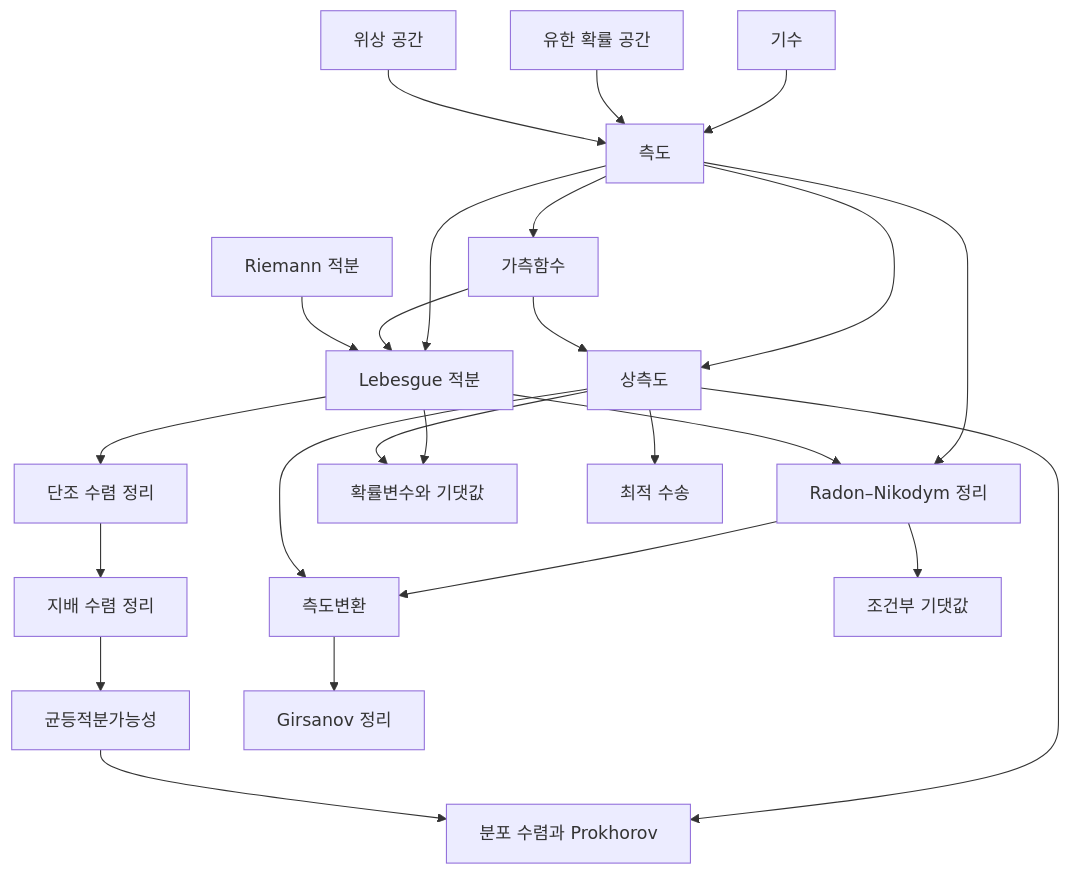
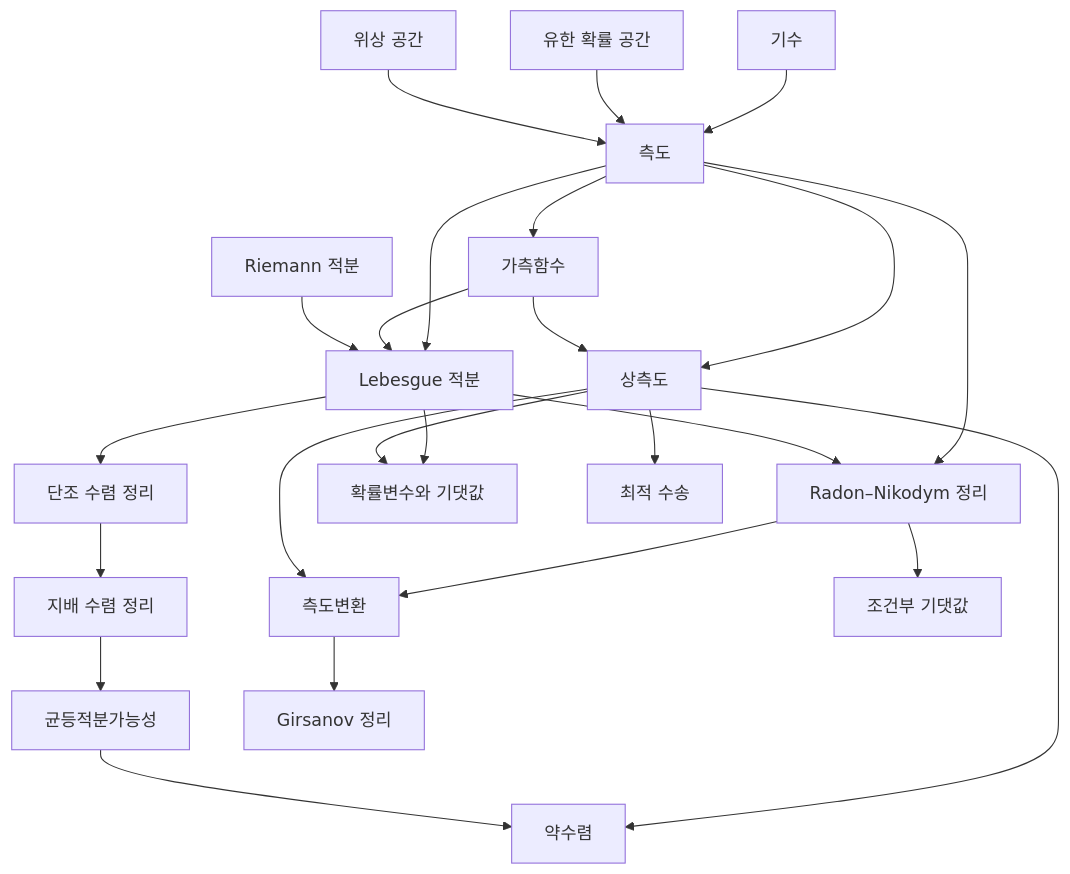
The diagram in docs/measure-theory-overview.md (Phryxia/math-map), drawn with Mermaid before and after one commit. The commit also changed other lines of this file and 7 other files, not shown here.

````diff
--- a/docs/measure-theory-overview.md
+++ b/docs/measure-theory-overview.md
@@ -13,26 +13,26 @@
 ```mermaid
 graph TD
   CA["기수"] --> ME["측도"]
   PR["유한 확률 공간"] --> ME
   TO["위상 공간"] --> ME
   ME --> MF["가측함수"]
   ME --> LI["Lebesgue 적분"]
   MF --> LI
   RI["Riemann 적분"] --> LI
   ME --> PM["상측도"]
   MF --> PM
   ME --> RN["Radon–Nikodym 정리"]
   LI --> RN
   LI --> MC["단조 수렴 정리"]
   MC --> DC["지배 수렴 정리"]
   DC --> UI["균등적분가능성"]
   LI --> RV["확률변수와 기댓값"]
   PM --> RV
-  PM --> WC["분포 수렴과 Prokhorov"]
+  PM --> WC["약수렴"]
   UI --> WC
   PM --> OT["최적 수송"]
   RN --> CM["측도변환"]
   PM --> CM
   RN --> CE["조건부 기댓값"]
   CM --> GS["Girsanov 정리"]
 ```
````
